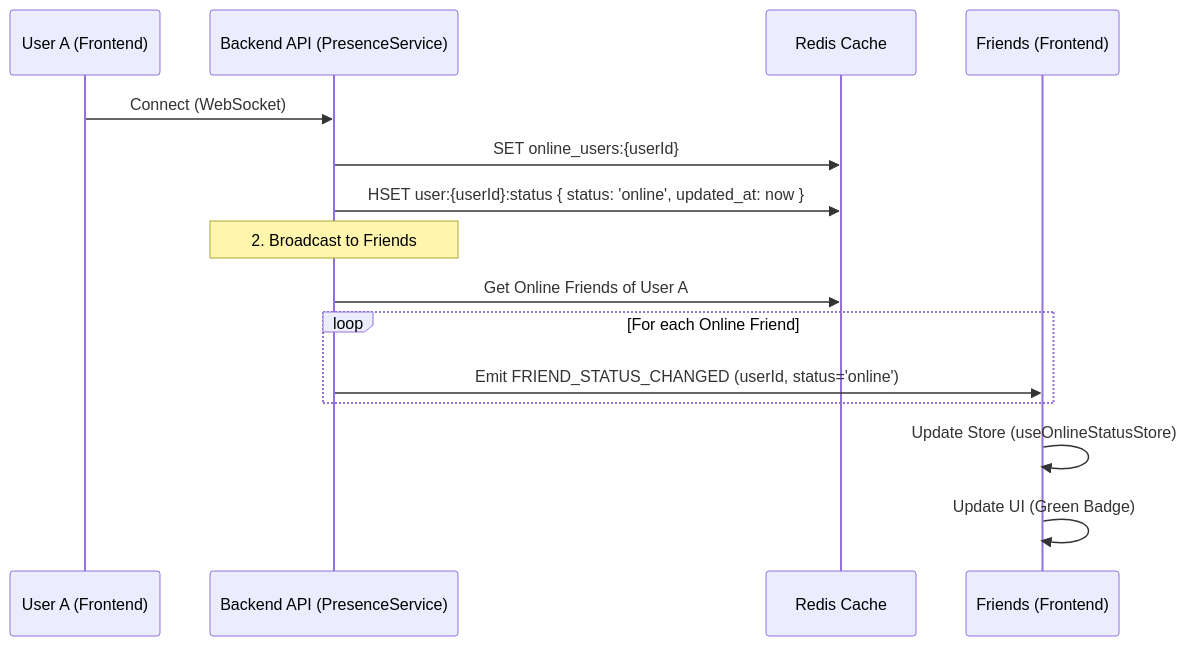
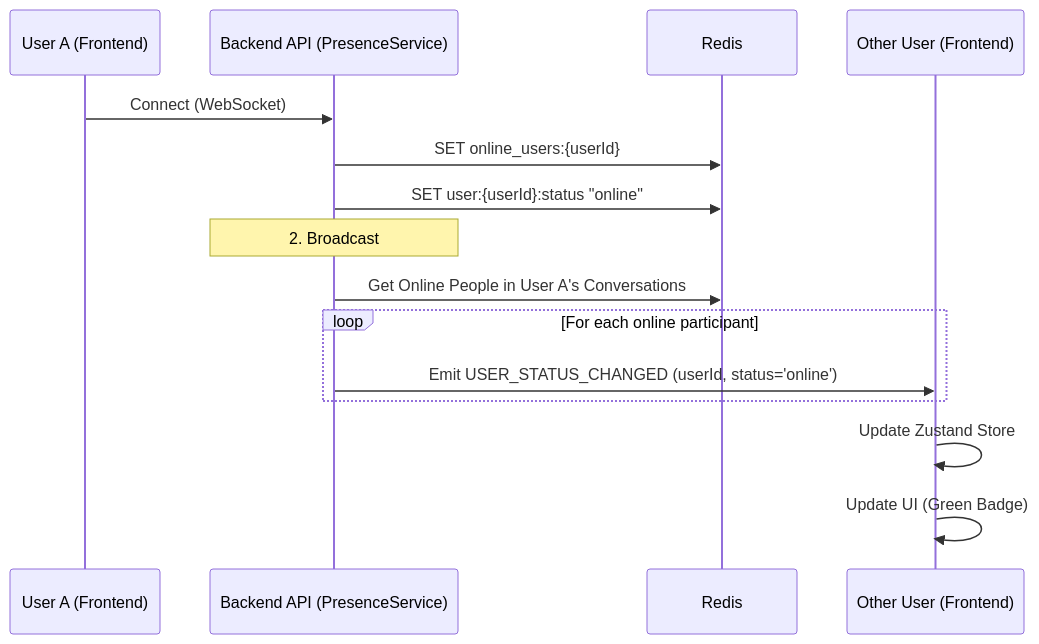
Before and after one commit to EricNguyen1206/turbo-chat: the first of 2 diagrams in docs/ONLINE_STATUS_FEATURE.md, drawn with Mermaid. The commit also changed other lines of this file and 42 other files, not shown here.

````diff
--- a/docs/ONLINE_STATUS_FEATURE.md
+++ b/docs/ONLINE_STATUS_FEATURE.md
@@ -20,20 +20,20 @@
 ```mermaid
 sequenceDiagram
     participant User as User A (Frontend)
     participant Server as Backend API (PresenceService)
-    participant Redis as Redis Cache
-    participant Friends as Friends (Frontend)
+    participant Redis as Redis
+    participant Client as Other User (Frontend)
 
     User->>Server: Connect (WebSocket)
     Server->>Redis: SET online_users:{userId}
-    Server->>Redis: HSET user:{userId}:status { status: 'online', updated_at: now }
+    Server->>Redis: SET user:{userId}:status "online"
 
-    Note over Server: 2. Broadcast to Friends
-    Server->>Redis: Get Online Friends of User A
-    loop For each Online Friend
-        Server->>Friends: Emit FRIEND_STATUS_CHANGED (userId, status='online')
+    Note over Server: 2. Broadcast
+    Server->>Redis: Get Online People in User A's Conversations
+    loop For each online participant
+        Server->>Client: Emit USER_STATUS_CHANGED (userId, status='online')
     end
 
-    Friends->>Friends: Update Store (useOnlineStatusStore)
-    Friends->>Friends: Update UI (Green Badge)
+    Client->>Client: Update Zustand Store
+    Client->>Client: Update UI (Green Badge)
 ```
````
